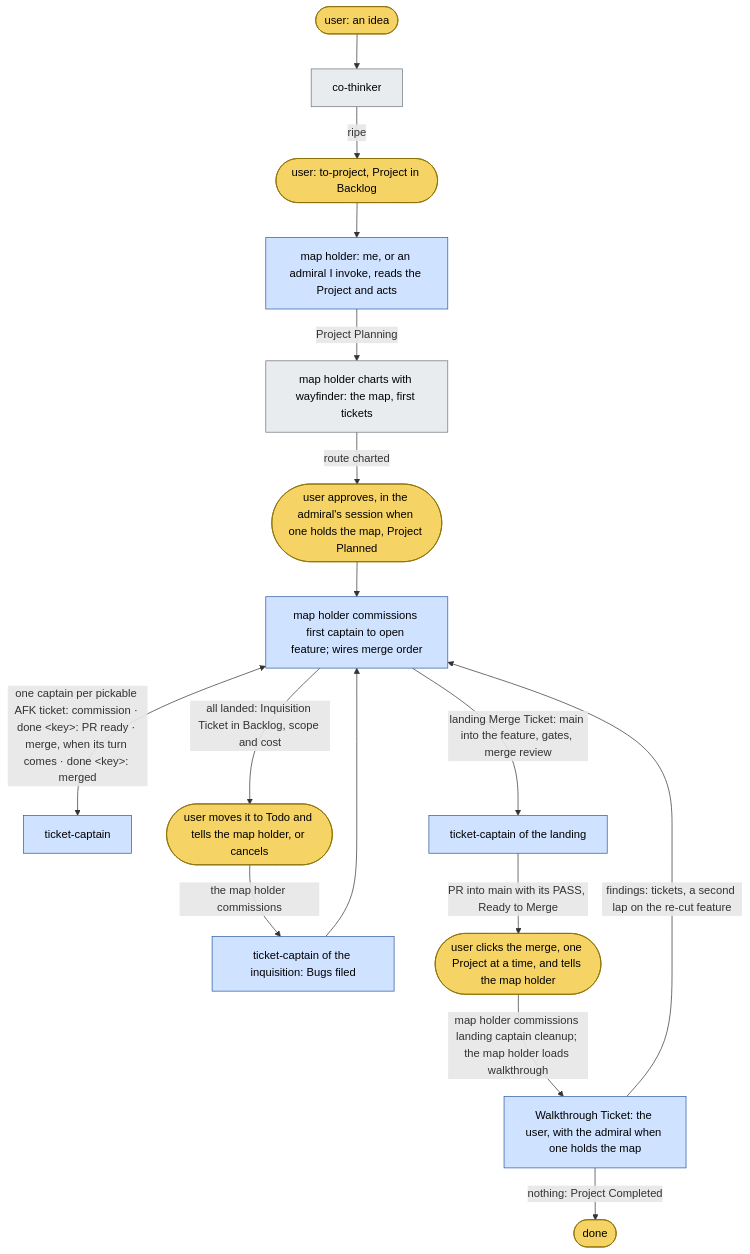
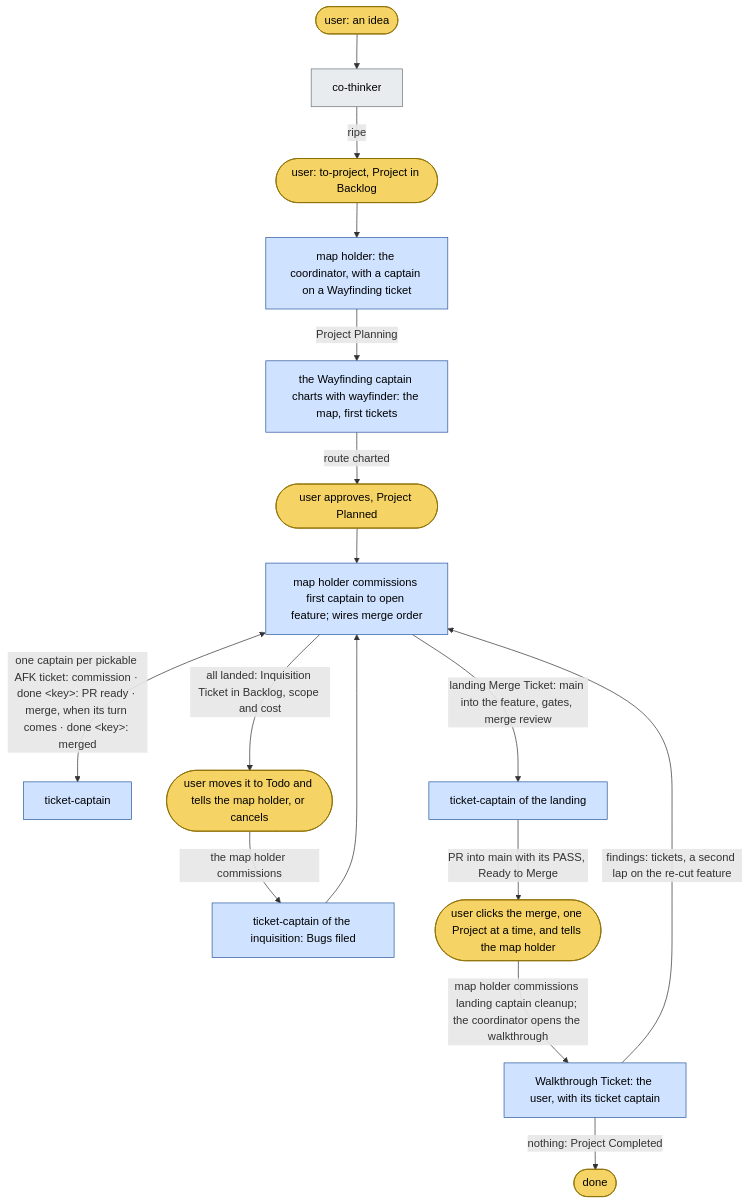
The first of 2 diagrams in README.md (BalazsOrg/dydo), drawn with Mermaid before and after one commit. The commit also changed other lines of this file and 31 other files, not shown here.

````diff
--- a/README.md
+++ b/README.md
@@ -85,24 +85,24 @@
 ```mermaid
 flowchart TD
   classDef human fill:#f6d365,stroke:#8a6d00,color:#000
   classDef session fill:#e9ecef,stroke:#6c757d,color:#000
   classDef officer fill:#cfe2ff,stroke:#2c5aa0,color:#000
   classDef crew fill:#d4edda,stroke:#2e7d32,color:#000
   classDef reviewer fill:#f8d7da,stroke:#a71d2a,color:#000
 
   H0([user: an idea]):::human --> CT[co-thinker]:::session
   CT -->|ripe| TP([user: to-project, Project in Backlog]):::human
-  TP --> AD[map holder: me, or an admiral I invoke, reads the Project and acts]:::officer
-  AD -->|Project Planning| PP[map holder charts with wayfinder: the map, first tickets]:::session
-  PP -->|route charted| H1([user approves, in the admiral's session when one holds the map, Project Planned]):::human
+  TP --> AD[map holder: the coordinator, with a captain on a Wayfinding ticket]:::officer
+  AD -->|Project Planning| PP[the Wayfinding captain charts with wayfinder: the map, first tickets]:::officer
+  PP -->|route charted| H1([user approves, Project Planned]):::human
   H1 --> OP[map holder commissions first captain to open feature; wires merge order]:::officer
   OP <-->|"one captain per pickable AFK ticket: commission · done &lt;key&gt;: PR ready · merge, when its turn comes · done &lt;key&gt;: merged"| IC[ticket-captain]:::officer
   OP -->|all landed: Inquisition Ticket in Backlog, scope and cost| H2([user moves it to Todo and tells the map holder, or cancels]):::human
   H2 -->|the map holder commissions| IQ[ticket-captain of the inquisition: Bugs filed]:::officer
   IQ --> OP
   OP -->|landing Merge Ticket: main into the feature, gates, merge review| LM[ticket-captain of the landing]:::officer
   LM -->|PR into main with its PASS, Ready to Merge| H3([user clicks the merge, one Project at a time, and tells the map holder]):::human
-  H3 -->|map holder commissions landing captain cleanup; the map holder loads walkthrough| WT[Walkthrough Ticket: the user, with the admiral when one holds the map]:::officer
+  H3 -->|map holder commissions landing captain cleanup; the coordinator opens the walkthrough| WT[Walkthrough Ticket: the user, with its ticket captain]:::officer
   WT -->|findings: tickets, a second lap on the re-cut feature| OP
   WT -->|nothing: Project Completed| END([done]):::human
 ```
````
